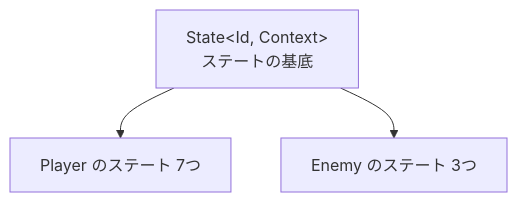
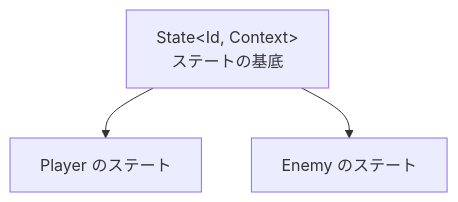
Before and after one commit to hirota-ryuki/Action: the second of 3 diagrams in Action/docs/ゲーム/キャラクター/ステートマシン/ステートマシンの設計.md, drawn with Mermaid. The commit also changed other lines of this file and 60 other files, not shown here.

````diff
--- a/Action/docs/ゲーム/キャラクター/ステートマシン/ステートマシンの設計.md
+++ b/Action/docs/ゲーム/キャラクター/ステートマシン/ステートマシンの設計.md
@@ -24,5 +30,5 @@
 ```mermaid
 flowchart TD
-    S["State#60;Id, Context#62;<br/>ステートの基底"] --> PS[Player のステート 7つ]
-    S --> ES[Enemy のステート 3つ]
+    S["State#60;Id, Context#62;<br/>ステートの基底"] --> PS[Player のステート]
+    S --> ES[Enemy のステート]
 ```
````
